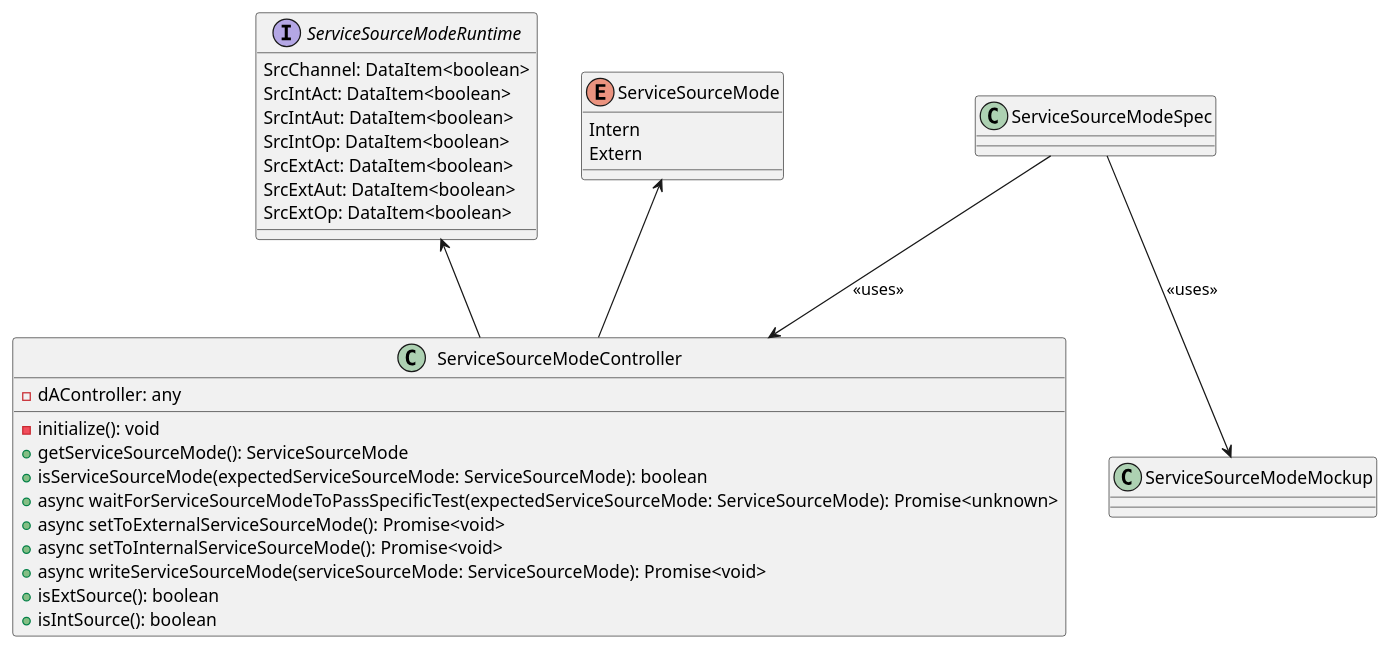
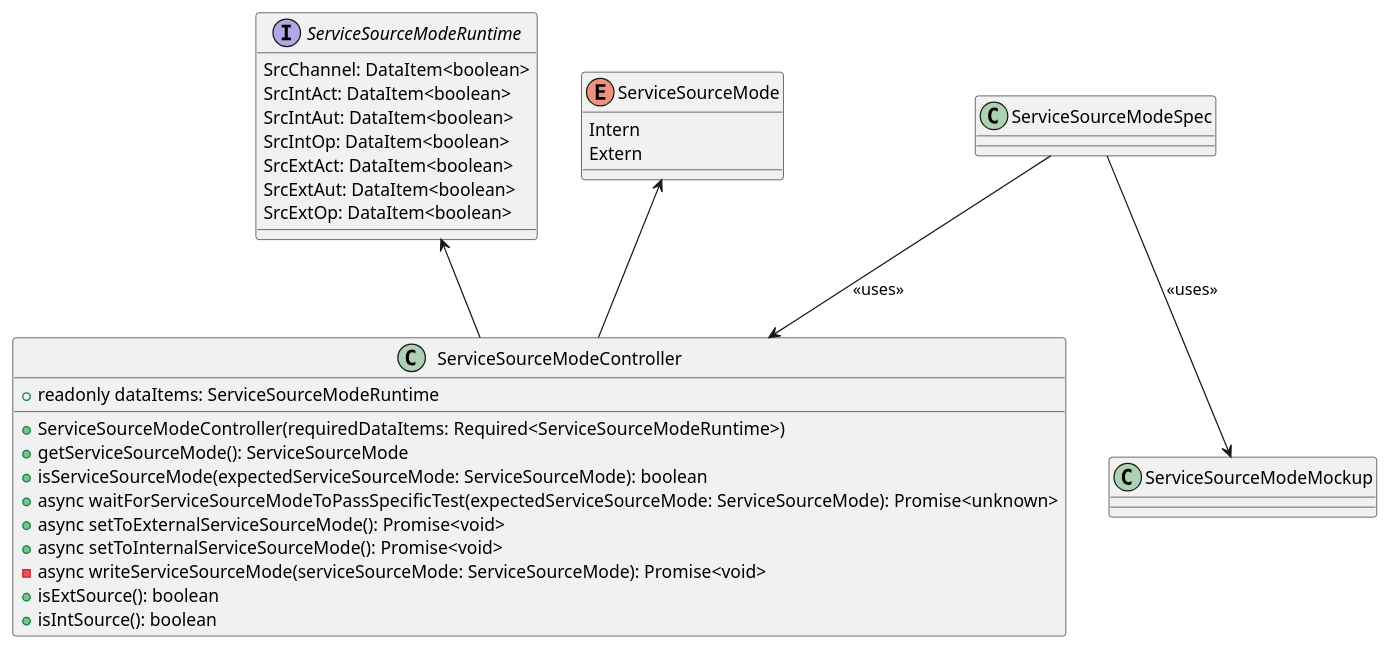
One commit to p2o-lab/polaris-backend changed the diagram in src/modularPlantManager/pea/dataAssembly/baseFunction/serviceSourceMode/ServiceSourceModeController.puml. Above: the diagram before and after it, drawn with PlantUML. The commit also changed 12 other files, not shown here.

```diff
--- a/src/modularPlantManager/pea/dataAssembly/baseFunction/serviceSourceMode/ServiceSourceModeController.puml
+++ b/src/modularPlantManager/pea/dataAssembly/baseFunction/serviceSourceMode/ServiceSourceModeController.puml
@@ -26,37 +26,37 @@
 @startuml
 'https://plantuml.com/class-diagram
 
 interface ServiceSourceModeRuntime{
     SrcChannel: DataItem<boolean>
 	SrcIntAct: DataItem<boolean>
 	SrcIntAut: DataItem<boolean>
 	SrcIntOp: DataItem<boolean>
 	SrcExtAct: DataItem<boolean>
 	SrcExtAut: DataItem<boolean>
 	SrcExtOp: DataItem<boolean>
 }
 
 enum ServiceSourceMode{
 Intern
 Extern
 }
 
 
 class ServiceSourceModeController{
-    - dAController: any
-    - initialize(): void
+    + readonly dataItems: ServiceSourceModeRuntime
+    + ServiceSourceModeController(requiredDataItems: Required<ServiceSourceModeRuntime>)
     + getServiceSourceMode(): ServiceSourceMode
     + isServiceSourceMode(expectedServiceSourceMode: ServiceSourceMode): boolean
     + async waitForServiceSourceModeToPassSpecificTest(expectedServiceSourceMode: ServiceSourceMode): Promise<unknown>
     + async setToExternalServiceSourceMode(): Promise<void>
     + async setToInternalServiceSourceMode(): Promise<void>
-    + async writeServiceSourceMode(serviceSourceMode: ServiceSourceMode): Promise<void>
+    - async writeServiceSourceMode(serviceSourceMode: ServiceSourceMode): Promise<void>
     + isExtSource(): boolean
     + isIntSource(): boolean
 }
 
 ServiceSourceMode <-- ServiceSourceModeController
 ServiceSourceModeRuntime <-- ServiceSourceModeController
 ServiceSourceModeSpec --> ServiceSourceModeController : <<uses>>
 ServiceSourceModeSpec --> ServiceSourceModeMockup : <<uses>>
 @enduml
```
